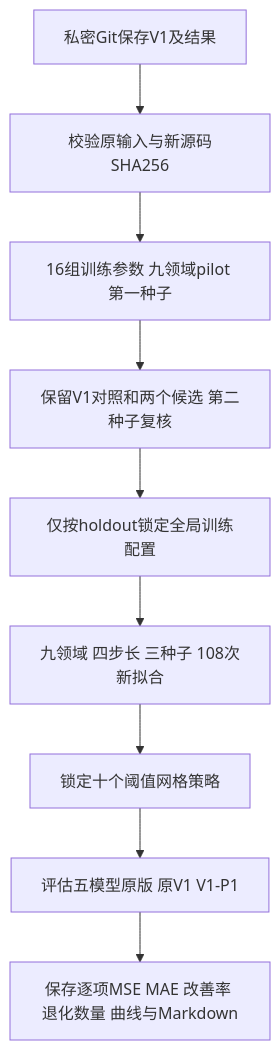
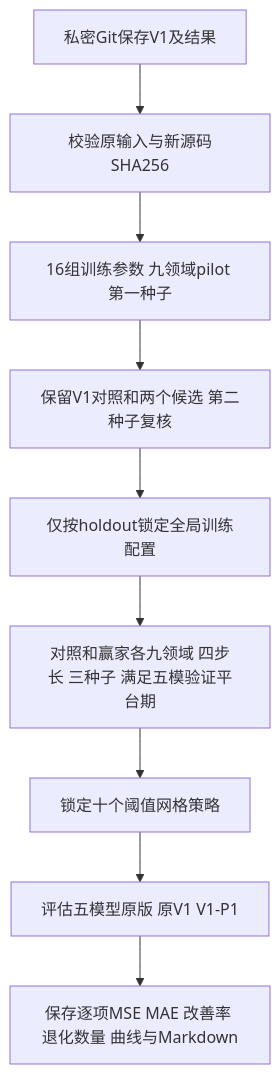
The diagram in plugins/v1_parameter_experiment_20261006/V1参数实验.md (Lxyyy10083/TimeMMD-five-model-baselines), drawn with Mermaid before and after one commit. The commit also changed other lines of this file and 6 other files, not shown here.

````diff
--- a/plugins/v1_parameter_experiment_20261006/V1参数实验.md
+++ b/plugins/v1_parameter_experiment_20261006/V1参数实验.md
@@ -97,11 +111,11 @@
 ```mermaid
 flowchart TD
  A[私密Git保存V1及结果] --> B[校验原输入与新源码SHA256]
  B --> C[16组训练参数 九领域pilot 第一种子]
  C --> D[保留V1对照和两个候选 第二种子复核]
  D --> E[仅按holdout锁定全局训练配置]
- E --> F[九领域 四步长 三种子 108次新拟合]
+ E --> F[对照和赢家各九领域 四步长 三种子 满足五模验证平台期]
  F --> G[锁定十个阈值网格策略]
  G --> H[评估五模型原版 原V1 V1-P1]
  H --> I[保存逐项MSE MAE 改善率 退化数量 曲线与Markdown]
 ```
````
